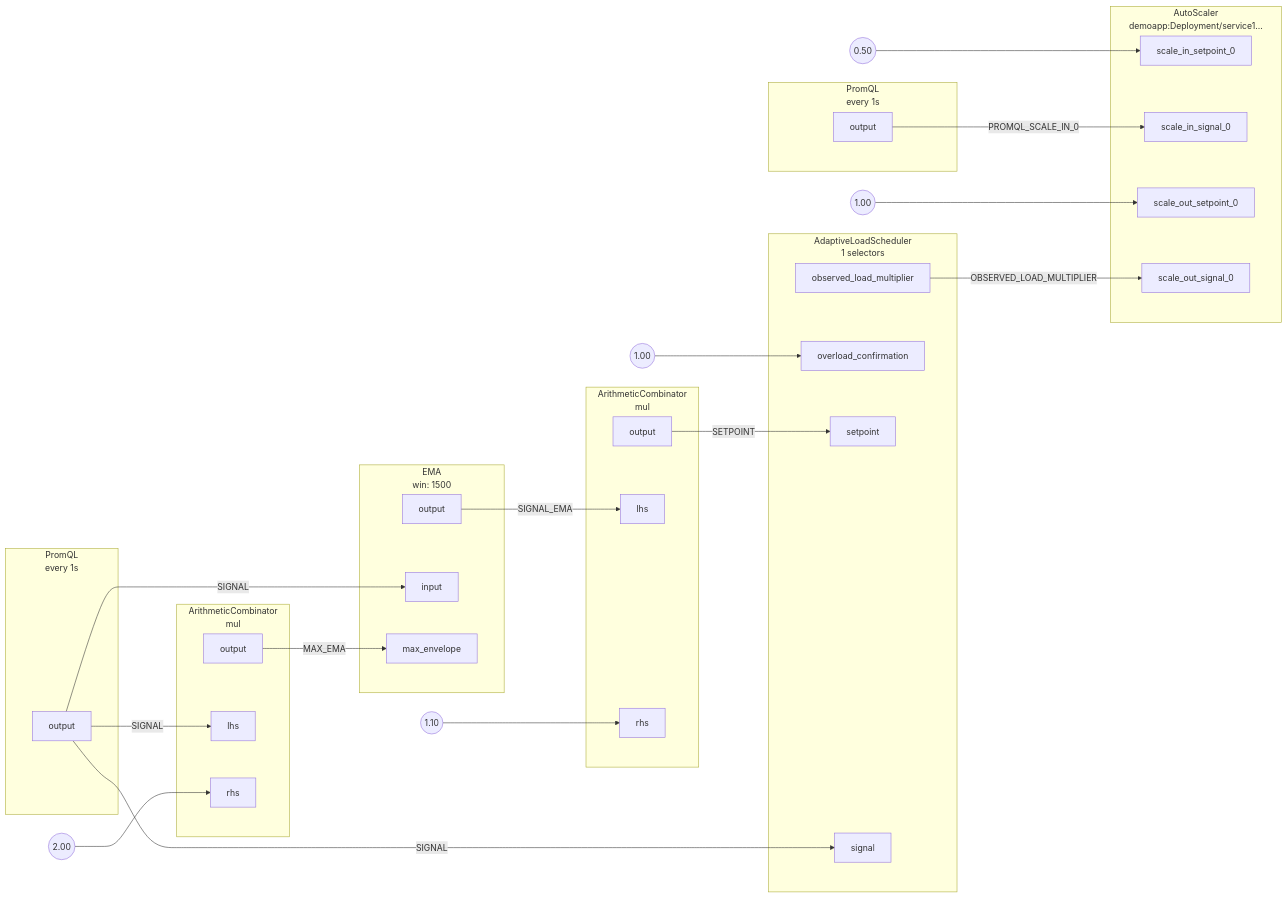
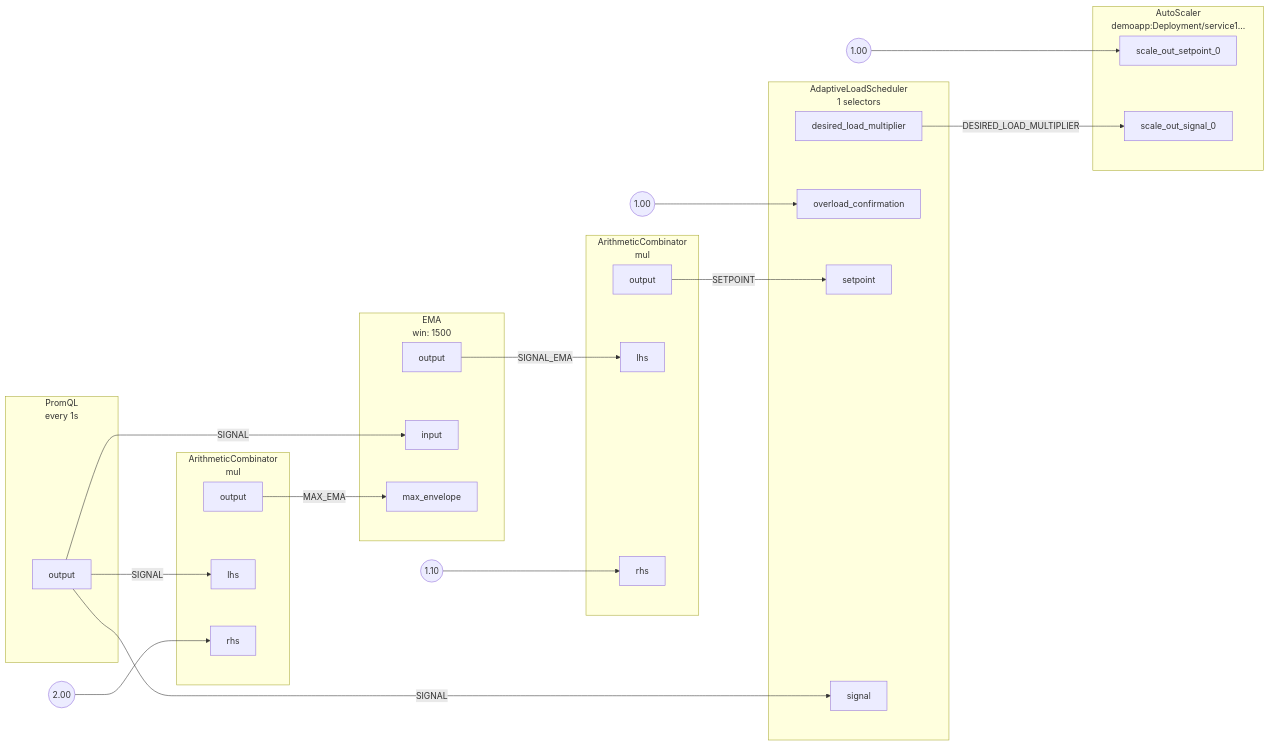
Before and after one commit to fluxninja/aperture: the diagram in docs/content/applying-policies/auto-scale/load-based-auto-scaling/assets/graph.mmd, drawn with Mermaid. The commit also changed 504 other files, not shown here.

```diff
--- a/docs/content/applying-policies/auto-scale/load-based-auto-scaling/assets/graph.mmd
+++ b/docs/content/applying-policies/auto-scale/load-based-auto-scaling/assets/graph.mmd
@@ -1,85 +1,74 @@
 flowchart LR
 subgraph root.0[<center>AdaptiveLoadScheduler<br/>1 selectors</center>]
 subgraph root.0_inports[ ]
 style root.0_inports fill:none,stroke:none
 root.0overload_confirmation[overload_confirmation]
 root.0setpoint[setpoint]
 root.0signal[signal]
 end
 subgraph root.0_outports[ ]
 style root.0_outports fill:none,stroke:none
-root.0observed_load_multiplier[observed_load_multiplier]
+root.0desired_load_multiplier[desired_load_multiplier]
 end
 end
 root.0_overload_confirmation_FakeConstantout((1.00))
 subgraph root.1[<center>PromQL<br/>every 1s</center>]
 subgraph root.1_outports[ ]
 style root.1_outports fill:none,stroke:none
 root.1output[output]
 end
 end
 subgraph root.2[<center>ArithmeticCombinator<br/>mul</center>]
 subgraph root.2_inports[ ]
 style root.2_inports fill:none,stroke:none
 root.2lhs[lhs]
 root.2rhs[rhs]
 end
 subgraph root.2_outports[ ]
 style root.2_outports fill:none,stroke:none
 root.2output[output]
 end
 end
 root.2_rhs_FakeConstantout((2.00))
 subgraph root.3[<center>EMA<br/>win: 1500</center>]
 subgraph root.3_inports[ ]
 style root.3_inports fill:none,stroke:none
 root.3input[input]
 root.3max_envelope[max_envelope]
 end
 subgraph root.3_outports[ ]
 style root.3_outports fill:none,stroke:none
 root.3output[output]
 end
 end
 subgraph root.4[<center>ArithmeticCombinator<br/>mul</center>]
 subgraph root.4_inports[ ]
 style root.4_inports fill:none,stroke:none
 root.4lhs[lhs]
 root.4rhs[rhs]
 end
 subgraph root.4_outports[ ]
 style root.4_outports fill:none,stroke:none
 root.4output[output]
 end
 end
 root.4_rhs_FakeConstantout((1.10))
 subgraph root.5[<center>AutoScaler<br/>demoapp:Deployment/service1...</center>]
 subgraph root.5_inports[ ]
 style root.5_inports fill:none,stroke:none
-root.5scale_in_setpoint_0[scale_in_setpoint_0]
-root.5scale_in_signal_0[scale_in_signal_0]
 root.5scale_out_setpoint_0[scale_out_setpoint_0]
 root.5scale_out_signal_0[scale_out_signal_0]
 end
 end
-root.5_scale_in_setpoint_0_FakeConstantout((0.50))
 root.5_scale_out_setpoint_0_FakeConstantout((1.00))
-subgraph root.6[<center>PromQL<br/>every 1s</center>]
-subgraph root.6_outports[ ]
-style root.6_outports fill:none,stroke:none
-root.6output[output]
-end
-end
-root.0observed_load_multiplier --> |OBSERVED_LOAD_MULTIPLIER| root.5scale_out_signal_0
+root.0desired_load_multiplier --> |DESIRED_LOAD_MULTIPLIER| root.5scale_out_signal_0
 root.0_overload_confirmation_FakeConstantout --> root.0overload_confirmation
 root.1output --> |SIGNAL| root.0signal
 root.1output --> |SIGNAL| root.2lhs
 root.1output --> |SIGNAL| root.3input
 root.2output --> |MAX_EMA| root.3max_envelope
 root.2_rhs_FakeConstantout --> root.2rhs
 root.3output --> |SIGNAL_EMA| root.4lhs
 root.4output --> |SETPOINT| root.0setpoint
 root.4_rhs_FakeConstantout --> root.4rhs
-root.5_scale_in_setpoint_0_FakeConstantout --> root.5scale_in_setpoint_0
 root.5_scale_out_setpoint_0_FakeConstantout --> root.5scale_out_setpoint_0
-root.6output --> |PROMQL_SCALE_IN_0| root.5scale_in_signal_0
```
